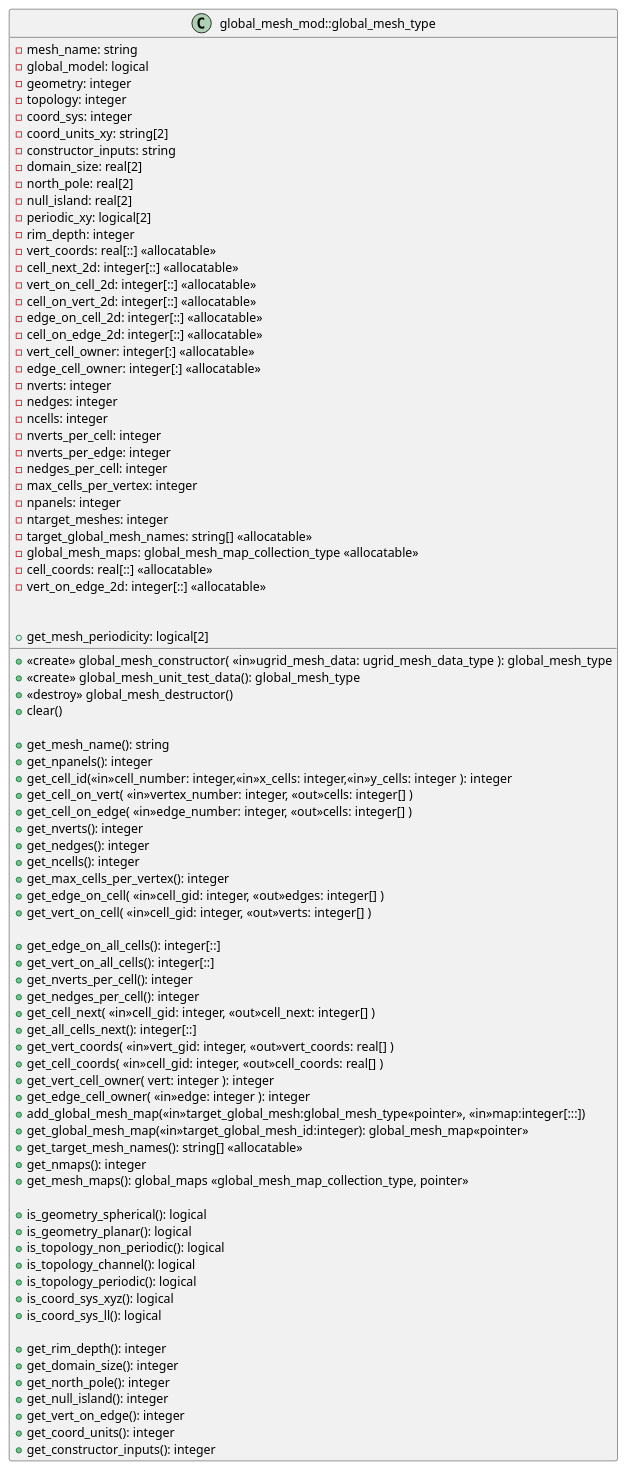
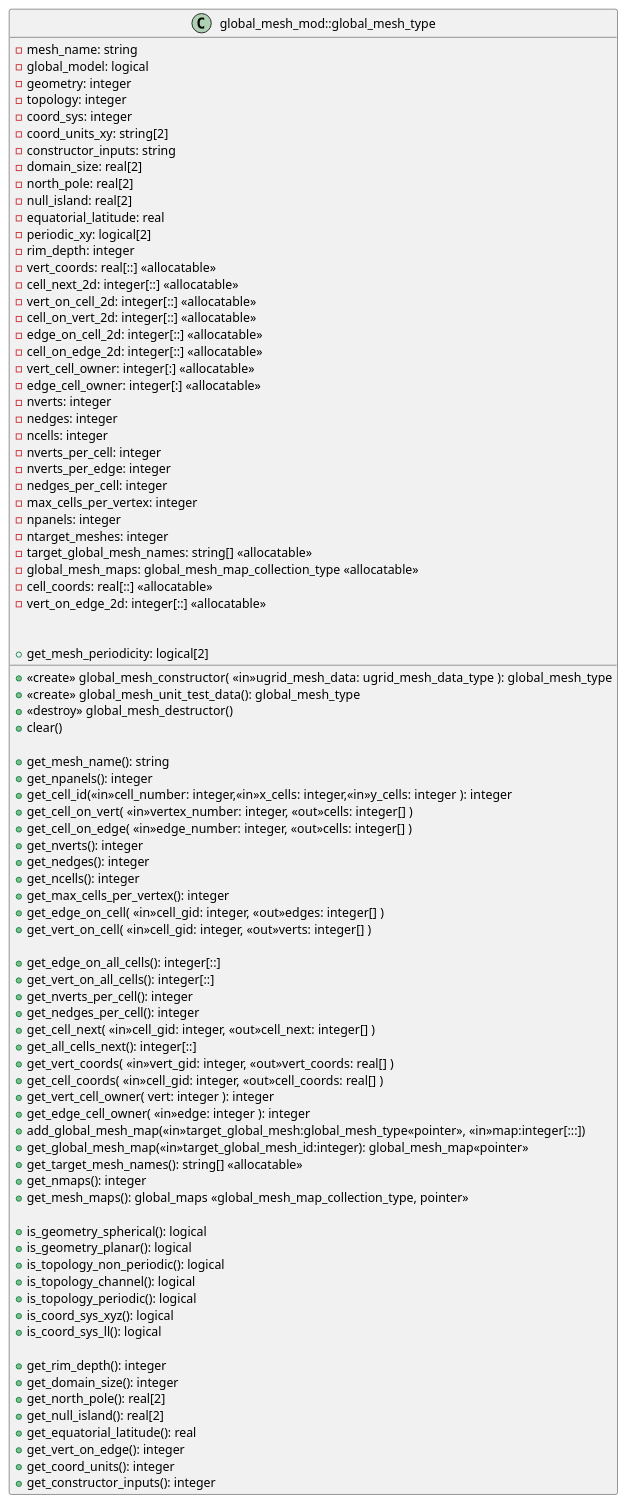
One commit to stfc/lfric_core changed the diagram in infrastructure/documentation/uml/mesh/global_mesh_mod.iuml. Above: the diagram before and after it, drawn with PlantUML. The commit also changed 156 other files, not shown here.

```diff
--- a/infrastructure/documentation/uml/mesh/global_mesh_mod.iuml
+++ b/infrastructure/documentation/uml/mesh/global_mesh_mod.iuml
@@ -1,90 +1,92 @@
 ' Copyright (c) 2017,  Met Office, on behalf of HMSO and Queen's Printer
 ' For further details please refer to the file LICENCE.original which you
 ' should have received as part of this distribution.
 
 class global_mesh_mod::global_mesh_type {
   -mesh_name: string
   -global_model: logical
   -geometry: integer
   -topology: integer
   -coord_sys: integer
   -coord_units_xy: string[2]
   -constructor_inputs: string
   -domain_size: real[2]
   -north_pole: real[2]
   -null_island: real[2]
+  -equatorial_latitude: real
   -periodic_xy: logical[2]
   -rim_depth: integer
   -vert_coords: real[::] <<allocatable>>
   -cell_next_2d: integer[::] <<allocatable>>
   -vert_on_cell_2d: integer[::] <<allocatable>>
   -cell_on_vert_2d: integer[::] <<allocatable>>
   -edge_on_cell_2d: integer[::] <<allocatable>>
   -cell_on_edge_2d: integer[::] <<allocatable>>
   -vert_cell_owner: integer[:] <<allocatable>>
   -edge_cell_owner: integer[:] <<allocatable>>
   -nverts: integer
   -nedges: integer
   -ncells: integer
   -nverts_per_cell: integer
   -nverts_per_edge: integer
   -nedges_per_cell: integer
   -max_cells_per_vertex: integer
   -npanels: integer
   -ntarget_meshes: integer
   -target_global_mesh_names: string[] <<allocatable>>
   -global_mesh_maps: global_mesh_map_collection_type <<allocatable>>
   -cell_coords: real[::] <<allocatable>>
   -vert_on_edge_2d: integer[::] <<allocatable>>
 
   +<<create>>  global_mesh_constructor( <<in>>ugrid_mesh_data: ugrid_mesh_data_type ): global_mesh_type
   +<<create>>  global_mesh_unit_test_data(): global_mesh_type
   +<<destroy>> global_mesh_destructor()
   +clear()
 
   +get_mesh_name(): string
   +get_npanels(): integer
   +get_mesh_periodicity: logical[2]
   +get_cell_id(<<in>>cell_number: integer,<<in>>x_cells: integer,<<in>>y_cells: integer ): integer
   +get_cell_on_vert( <<in>>vertex_number: integer, <<out>>cells: integer[] )
   +get_cell_on_edge( <<in>>edge_number: integer, <<out>>cells: integer[] )
   +get_nverts(): integer
   +get_nedges(): integer
   +get_ncells(): integer
   +get_max_cells_per_vertex(): integer
   +get_edge_on_cell( <<in>>cell_gid: integer, <<out>>edges: integer[] )
   +get_vert_on_cell( <<in>>cell_gid: integer, <<out>>verts: integer[] )
 
   +get_edge_on_all_cells(): integer[::]
   +get_vert_on_all_cells(): integer[::]
   +get_nverts_per_cell(): integer
   +get_nedges_per_cell(): integer
   +get_cell_next( <<in>>cell_gid: integer, <<out>>cell_next: integer[] )
   +get_all_cells_next(): integer[::]
   +get_vert_coords( <<in>>vert_gid: integer, <<out>>vert_coords: real[] )
   +get_cell_coords( <<in>>cell_gid: integer, <<out>>cell_coords: real[] )
   +get_vert_cell_owner( vert: integer ): integer
   +get_edge_cell_owner( <<in>>edge: integer ): integer
   +add_global_mesh_map(<<in>>target_global_mesh:global_mesh_type<<pointer>>, <<in>>map:integer[:::])
   +get_global_mesh_map(<<in>>target_global_mesh_id:integer): global_mesh_map<<pointer>>
   +get_target_mesh_names(): string[] <<allocatable>>
   +get_nmaps(): integer
   +get_mesh_maps(): global_maps <<global_mesh_map_collection_type, pointer>>
 
   +is_geometry_spherical(): logical
   +is_geometry_planar(): logical
   +is_topology_non_periodic(): logical
   +is_topology_channel(): logical
   +is_topology_periodic(): logical
   +is_coord_sys_xyz(): logical
   +is_coord_sys_ll(): logical
 
   +get_rim_depth(): integer
   +get_domain_size(): integer
-  +get_north_pole(): integer
-  +get_null_island(): integer
+  +get_north_pole(): real[2]
+  +get_null_island(): real[2]
+  +get_equatorial_latitude(): real
   +get_vert_on_edge(): integer
   +get_coord_units(): integer
   +get_constructor_inputs(): integer
 
 }
```
